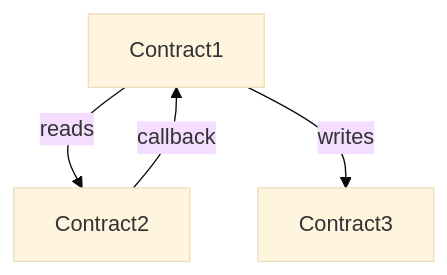
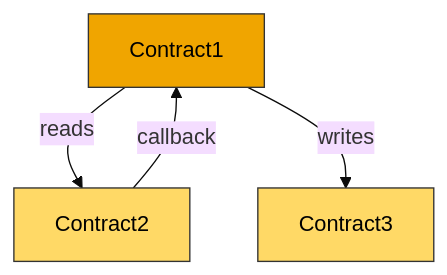
Before and after one commit to 0xRayaa/scoping-bee: the second of 2 diagrams in references/scope-report-template.md, drawn with Mermaid (base theme). The commit also changed other lines of this file and 2 other files, not shown here.

````diff
--- a/references/scope-report-template.md
+++ b/references/scope-report-template.md
@@ -104,6 +163,10 @@
 ```mermaid
 graph TD
     A[Contract1] -->|"reads"| B[Contract2]
     A -->|"writes"| C[Contract3]
     B -->|"callback"| A
+
+    style A fill:#f0a500,color:#000,stroke:#333
+    style B fill:#ffd966,color:#000,stroke:#333
+    style C fill:#ffd966,color:#000,stroke:#333
 ```
````
